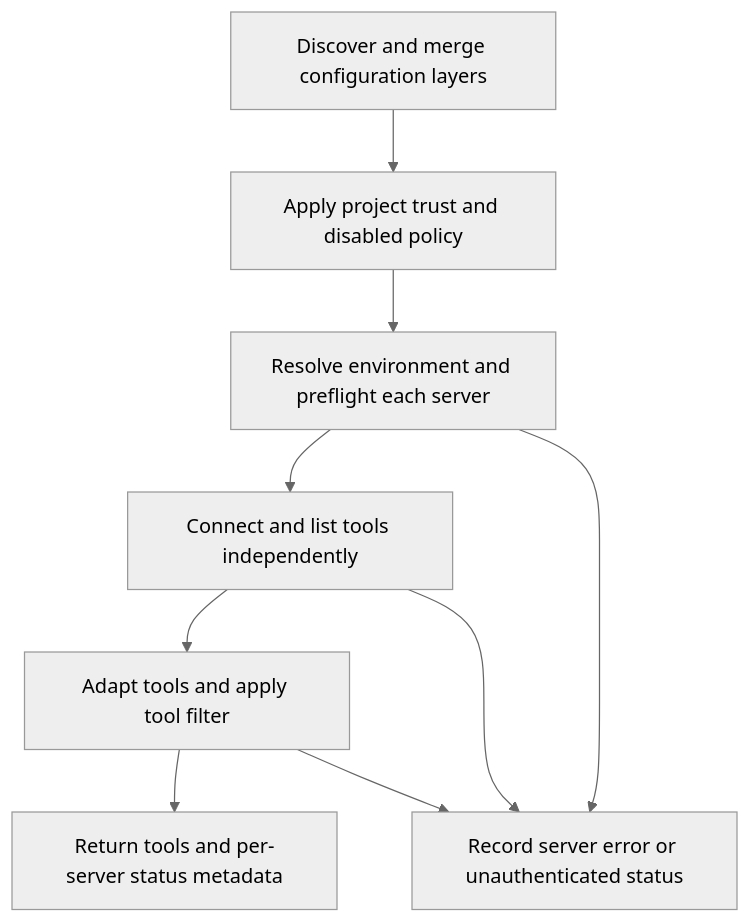
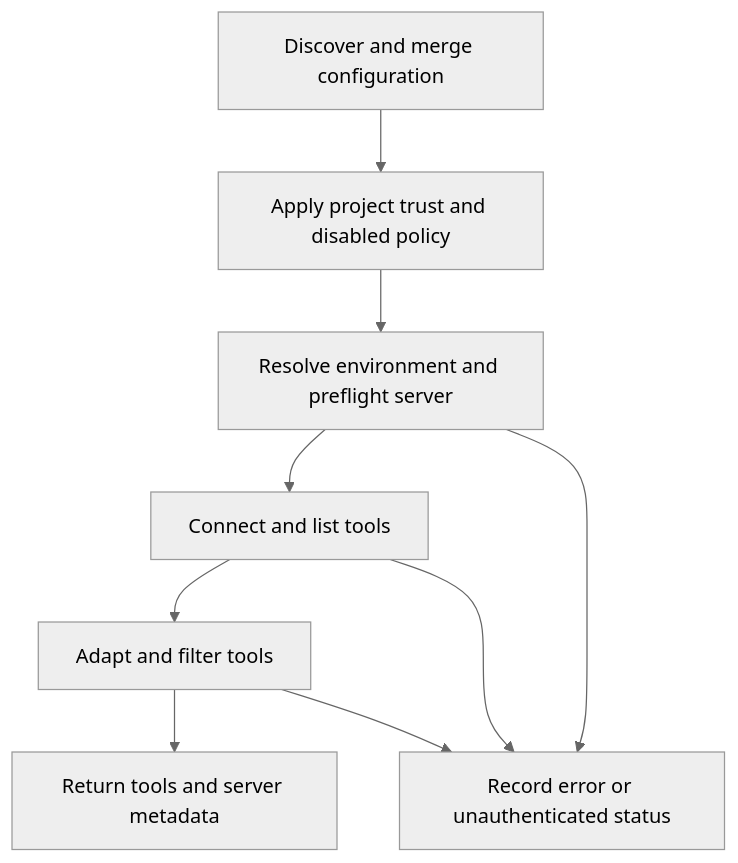
One commit to langchain-ai/deepagents changed the first of 2 diagrams in openwiki/integrations/mcp.md. Above: the diagram before and after it, drawn with Mermaid (neutral theme). The commit also changed other lines of this file and 63 other files, not shown here.

````diff
--- a/openwiki/integrations/mcp.md
+++ b/openwiki/integrations/mcp.md
@@ -77,11 +75,11 @@
 ```mermaid
 flowchart TD
-    Source["Discover and merge configuration layers"] --> Gate["Apply project trust and disabled policy"]
-    Gate --> Prepare["Resolve environment and preflight each server"]
-    Prepare --> Connect["Connect and list tools independently"]
-    Connect --> Adapt["Adapt tools and apply tool filter"]
-    Adapt --> Info["Return tools and per-server status metadata"]
-    Prepare --> Failed["Record server error or unauthenticated status"]
+    Source["Discover and merge configuration"] --> Trust["Apply project trust and disabled policy"]
+    Trust --> Resolve["Resolve environment and preflight server"]
+    Resolve --> Connect["Connect and list tools"]
+    Connect --> Adapt["Adapt and filter tools"]
+    Adapt --> Ready["Return tools and server metadata"]
+    Resolve --> Failed["Record error or unauthenticated status"]
     Connect --> Failed
     Adapt --> Failed
 ```
````
